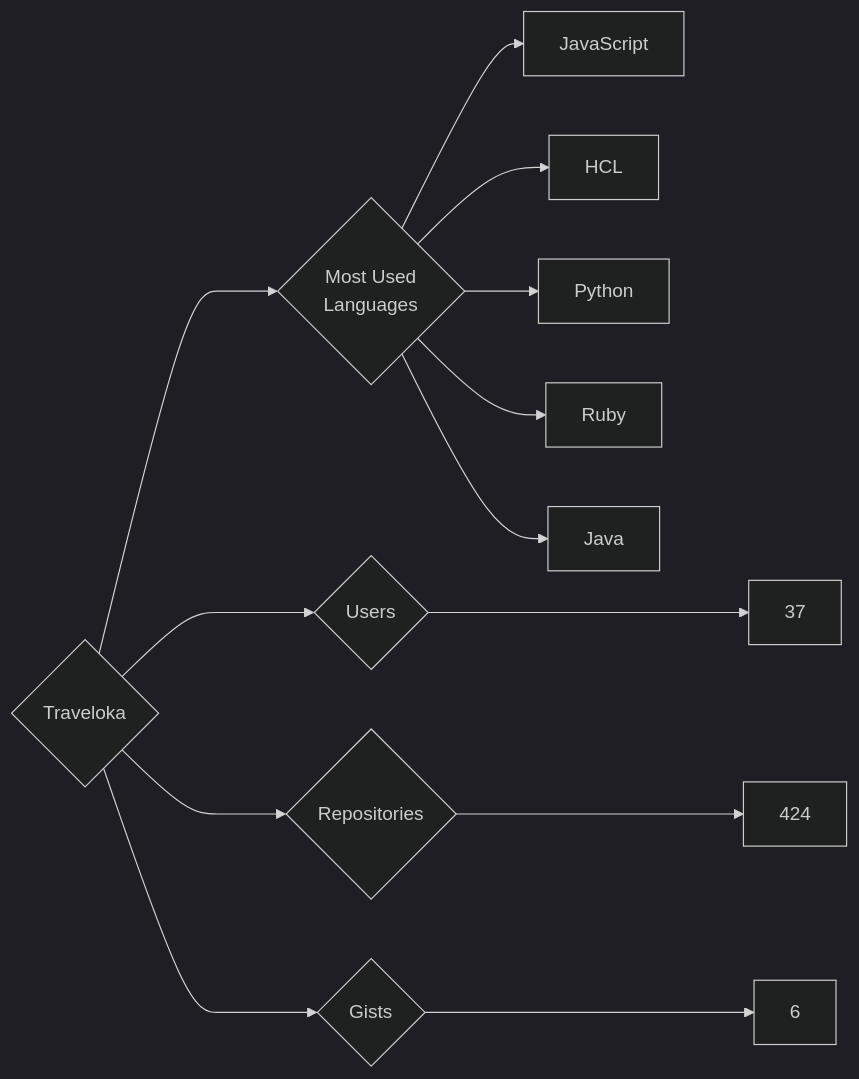
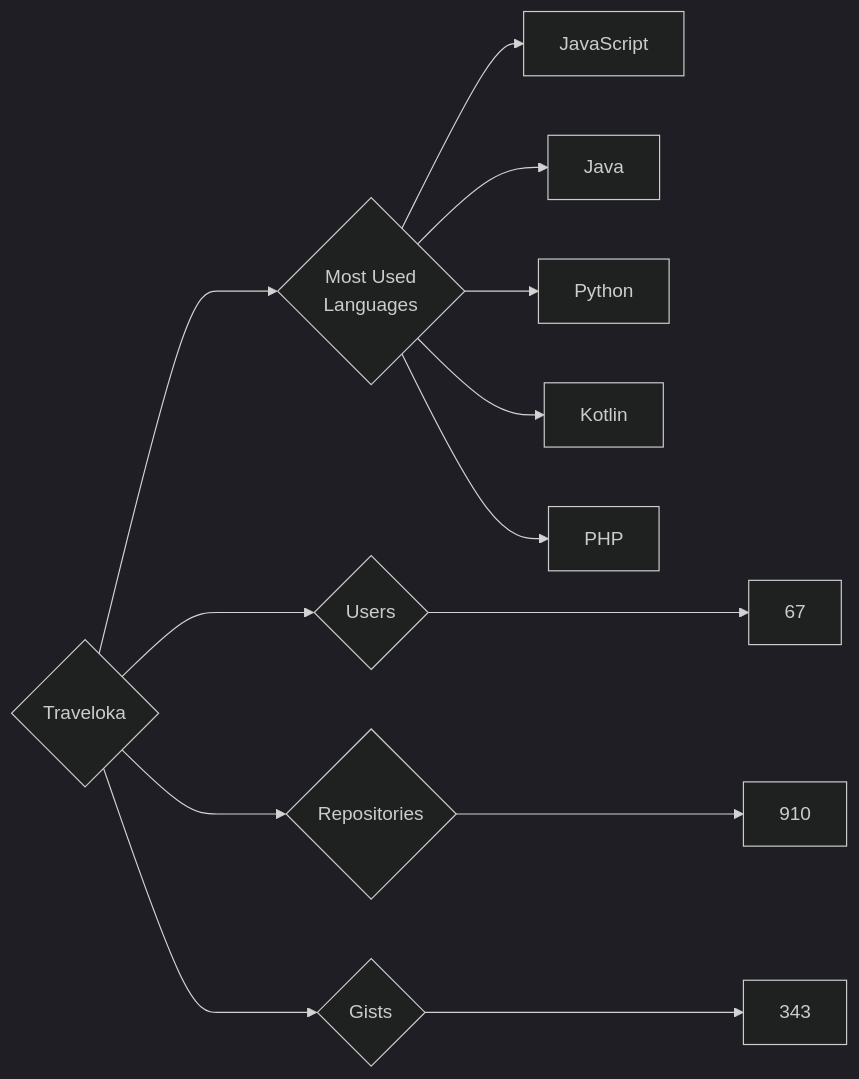
The diagram in targets/Traveloka/README.md (trickest/insiders), drawn with Mermaid (dark theme) before and after one commit. The commit also changed 877 other files, not shown here.

````diff
--- a/targets/Traveloka/README.md
+++ b/targets/Traveloka/README.md
@@ -3,13 +3,13 @@
 ```mermaid
 graph LR
 COMPANY_NAME{Traveloka}
-COMPANY_NAME ---> U{Users} ---> UN[37]
-COMPANY_NAME ---> R{Repositories} ---> RN[424]
-COMPANY_NAME ---> G{Gists} ---> GN[6]
+COMPANY_NAME ---> U{Users} ---> UN[67]
+COMPANY_NAME ---> R{Repositories} ---> RN[910]
+COMPANY_NAME ---> G{Gists} ---> GN[343]
 COMPANY_NAME ---> ML{Most Used<br>Languages}
 ML --> JavaScript[JavaScript]
-ML --> HCL[HCL]
+ML --> Java[Java]
 ML --> Python[Python]
-ML --> Ruby[Ruby]
-ML --> Java[Java]
+ML --> Kotlin[Kotlin]
+ML --> PHP[PHP]
 ```
````
